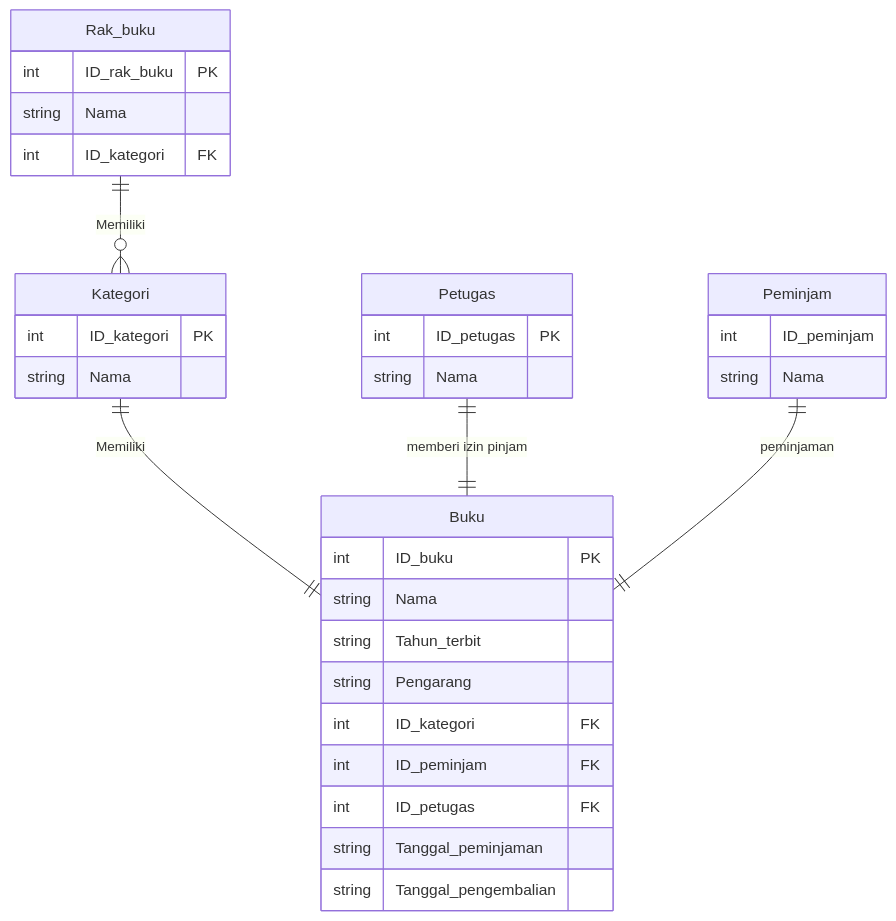
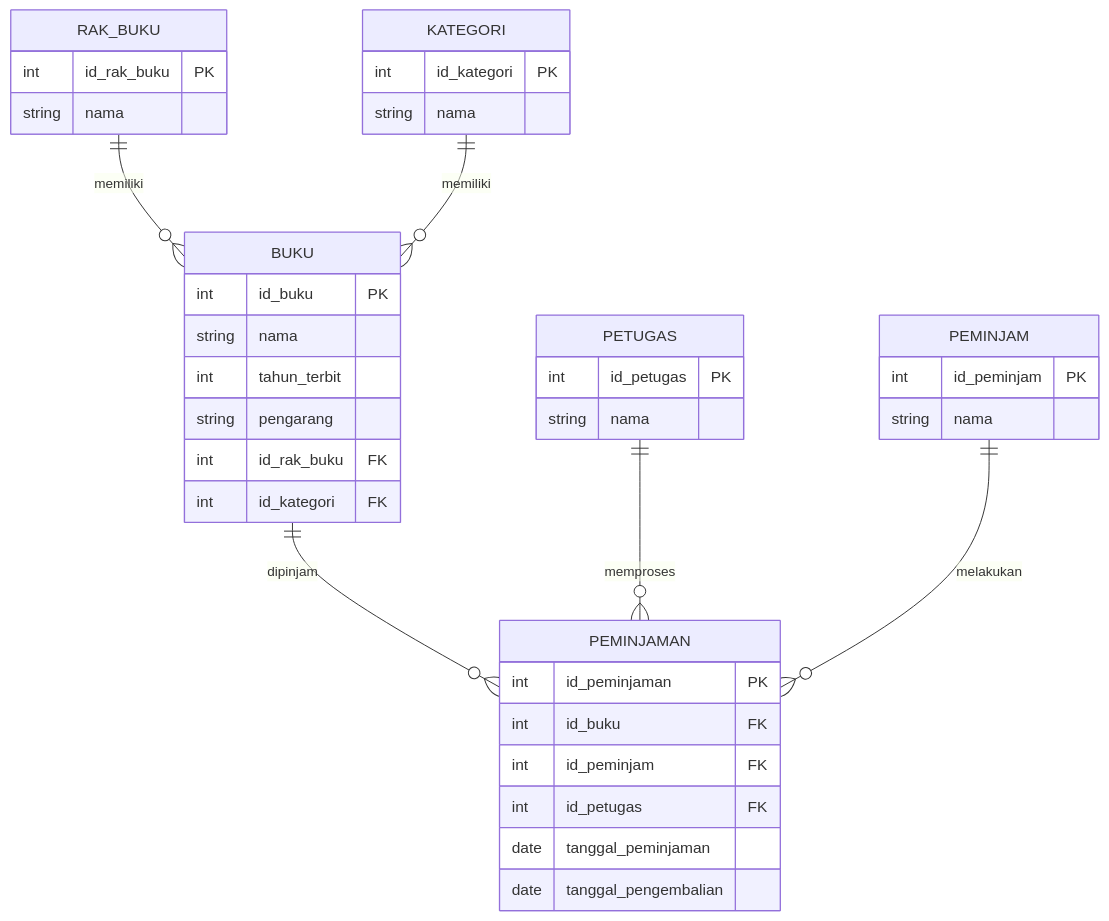
One commit to hilmy07/koda-b6-db1 changed the diagram in erdLibrary.md. Above: the diagram before and after it, drawn with Mermaid. The commit also changed 1 other file, not shown here.

Commit message:
fix: library database normalization

````diff
--- a/erdLibrary.md
+++ b/erdLibrary.md
@@ -1,43 +1,50 @@
 ```mermaid
 ---
 id: a4643532-e86a-4172-a145-7a93d8150bd9
 ---
 erDiagram
 
-    Rak_buku ||--o{ Kategori : "Memiliki"
-    Rak_buku {
-        int ID_rak_buku PK
-        string Nama
-        int ID_kategori FK
+    RAK_BUKU ||--o{ BUKU : memiliki
+    KATEGORI ||--o{ BUKU : memiliki
+    BUKU ||--o{ PEMINJAMAN : dipinjam
+    PETUGAS ||--o{ PEMINJAMAN : memproses
+    PEMINJAM ||--o{ PEMINJAMAN : melakukan
+
+    RAK_BUKU {
+        int id_rak_buku PK
+        string nama
     }
 
-    Kategori || -- || Buku : "Memiliki"
-    Kategori {
-        int ID_kategori PK
-        string Nama
+    KATEGORI {
+        int id_kategori PK
+        string nama
     }
 
-    Buku {
-        int ID_buku PK
-        string Nama
-        string Tahun_terbit
-        string Pengarang
-        int ID_kategori FK
-        int ID_peminjam FK
-        int ID_petugas FK
-        string Tanggal_peminjaman
-        string Tanggal_pengembalian
+    BUKU {
+        int id_buku PK
+        string nama
+        int tahun_terbit
+        string pengarang
+        int id_rak_buku FK
+        int id_kategori FK
     }
 
-    Petugas || -- || Buku : "memberi izin pinjam"
-    Petugas {
-        int ID_petugas PK
-        string Nama
+    PETUGAS {
+        int id_petugas PK
+        string nama
     }
 
-    Peminjam || -- || Buku : "peminjaman"
-    Peminjam {
-        int ID_peminjam
-        string Nama
+    PEMINJAM {
+        int id_peminjam PK
+        string nama
+    }
+
+    PEMINJAMAN {
+        int id_peminjaman PK
+        int id_buku FK
+        int id_peminjam FK
+        int id_petugas FK
+        date tanggal_peminjaman
+        date tanggal_pengembalian
     }
 ```
````
